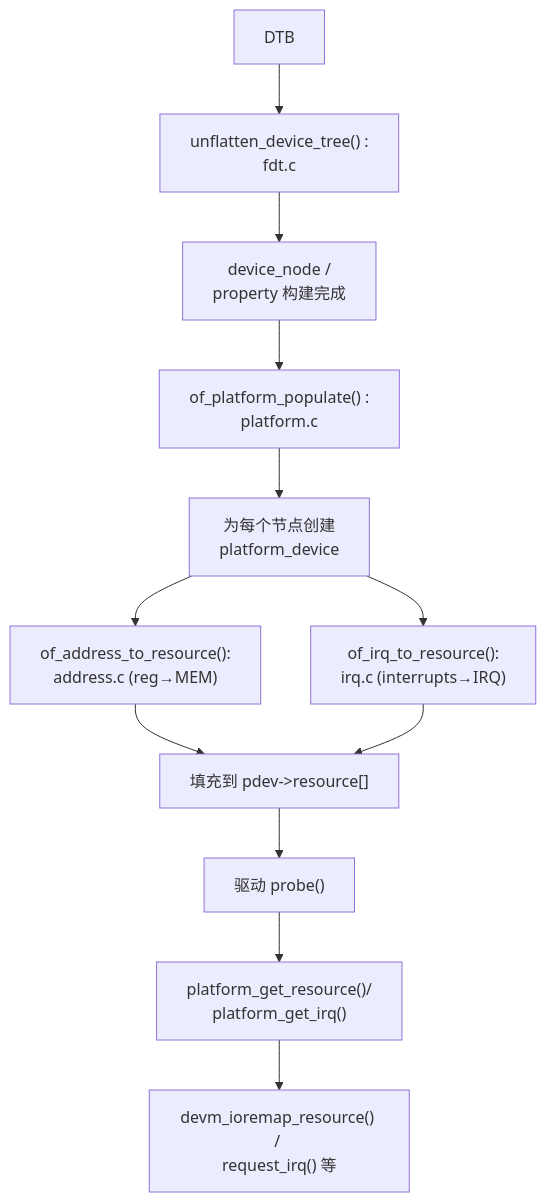
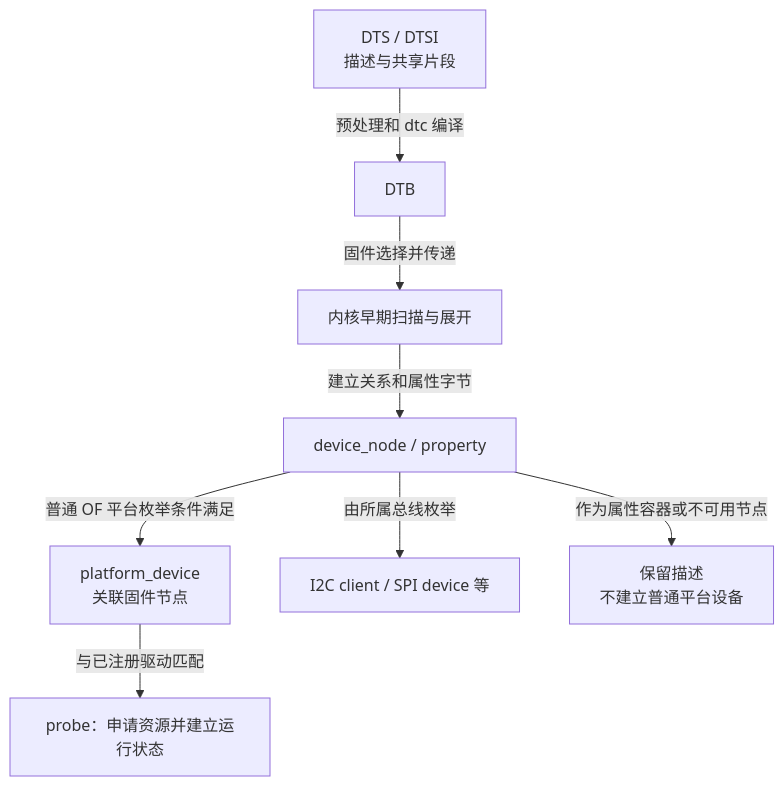
One commit to FormingSystem/linux_note changed the first of 3 diagrams in knowledge/driver_model/device_tree/设备树+platform开发/P02_设备树驱动开发方式.md. Above: the diagram before and after it, drawn with Mermaid. The commit also changed other lines of this file and 1 other file, not shown here.

First line of the commit message:
content(device_tree): 分开节点枚举资源翻译与模块加载流程

````diff
--- a/knowledge/driver_model/device_tree/设备树+platform开发/P02_设备树驱动开发方式.md
+++ b/knowledge/driver_model/device_tree/设备树+platform开发/P02_设备树驱动开发方式.md
@@ -229,14 +51,10 @@
 ```mermaid
 flowchart TD
-  A[DTB] --> B["unflatten_device_tree() :<br> fdt.c"]
-  B --> C["device_node / <br>property 构建完成"]
-  C --> D["of_platform_populate() : <br>platform.c"]
-  D --> E["为每个节点创建 <br>platform_device"]
-  E --> F["of_address_to_resource(): <br>address.c (reg→MEM)"]
-  E --> G["of_irq_to_resource(): <br>irq.c (interrupts→IRQ)"]
-  F --> H["填充到 pdev->resource[]"]
-  G --> H
-  H --> I["驱动 probe()"]
-  I --> J["platform_get_resource()/<br>platform_get_irq()"]
-  J --> K["devm_ioremap_resource() / <br>request_irq() 等"]
+    S["DTS / DTSI<br/>描述与共享片段"] -->|预处理和 dtc 编译| B["DTB"]
+    B -->|固件选择并传递| F["内核早期扫描与展开"]
+    F -->|建立关系和属性字节| N["device_node / property"]
+    N -->|普通 OF 平台枚举条件满足| P["platform_device<br/>关联固件节点"]
+    N -->|由所属总线枚举| I["I2C client / SPI device 等"]
+    N -->|作为属性容器或不可用节点| X["保留描述<br/>不建立普通平台设备"]
+    P -->|与已注册驱动匹配| D["probe：申请资源并建立运行状态"]
 ```
````
